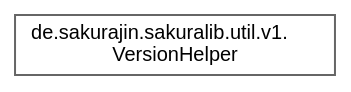
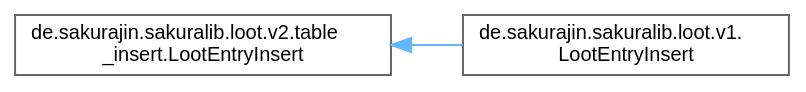
The diagram in inherit_graph_29.dot (noah1510/sakura-lib), drawn with Graphviz before and after one commit. The commit also changed 187 other files, not shown here.

```diff
--- a/inherit_graph_29.dot
+++ b/inherit_graph_29.dot
@@ -1,9 +1,11 @@
 digraph "Graphical Class Hierarchy"
 {
  // LATEX_PDF_SIZE
   bgcolor="transparent";
   edge [fontname=Helvetica,fontsize=10,labelfontname=Helvetica,labelfontsize=10];
   node [fontname=Helvetica,fontsize=10,shape=box,height=0.2,width=0.4];
   rankdir="LR";
-  Node0 [label="de.sakurajin.sakuralib.util.v1.\lVersionHelper",height=0.2,width=0.4,color="grey40", fillcolor="white", style="filled",URL="$classde_1_1sakurajin_1_1sakuralib_1_1util_1_1v1_1_1VersionHelper.html",tooltip=" "];
+  Node0 [label="de.sakurajin.sakuralib.loot.v2.table\l_insert.LootEntryInsert",height=0.2,width=0.4,color="grey40", fillcolor="white", style="filled",URL="$classde_1_1sakurajin_1_1sakuralib_1_1loot_1_1v2_1_1table__insert_1_1LootEntryInsert.html",tooltip="A class that represents an entry that should be inserted into a loot table."];
+  Node0 -> Node1 [dir="back",color="steelblue1",style="solid"];
+  Node1 [label="de.sakurajin.sakuralib.loot.v1.\lLootEntryInsert",height=0.2,width=0.4,color="grey40", fillcolor="white", style="filled",URL="$classde_1_1sakurajin_1_1sakuralib_1_1loot_1_1v1_1_1LootEntryInsert.html",tooltip="A class that represents an entry that should be inserted into a loot table."];
 }
```
